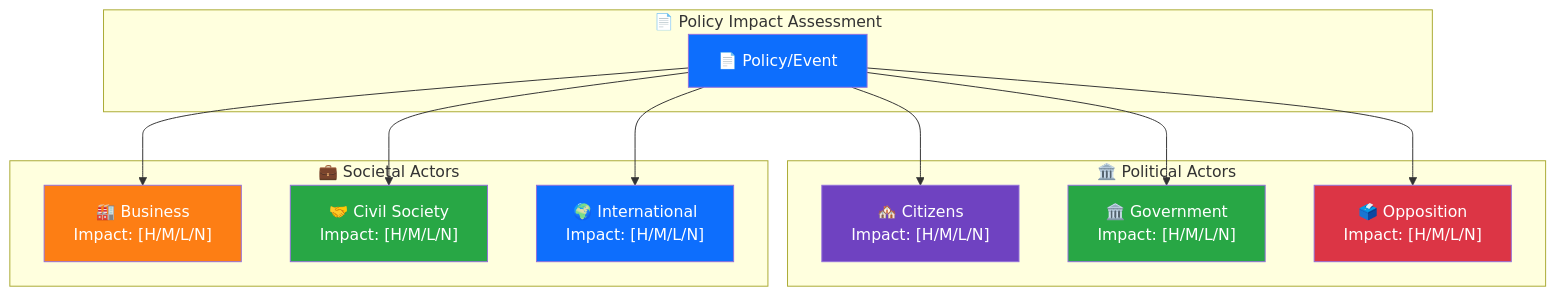
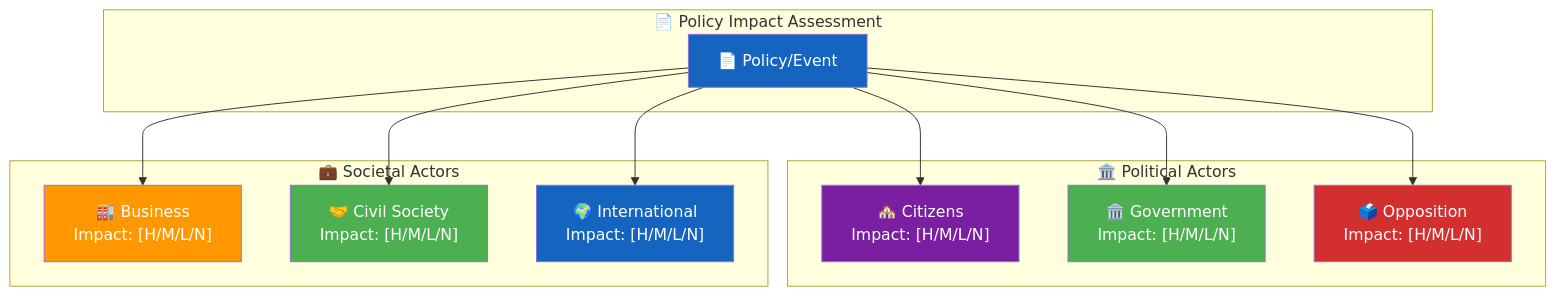
Before and after one commit to Hack23/riksdagsmonitor: the first of 2 diagrams in analysis/templates/stakeholder-impact.md, drawn with Mermaid. The commit also changed other lines of this file and 14 other files, not shown here.

First line of the commit message:
Align analysis/ mermaid diagrams with ISMS Style Guide palette and convert SWOT to quadrantChart

````diff
--- a/analysis/templates/stakeholder-impact.md
+++ b/analysis/templates/stakeholder-impact.md
@@ -49,33 +49,33 @@
 ```mermaid
 graph TD
     subgraph "📄 Policy Impact Assessment"
         DOC["📄 Policy/Event"]
     end
 
     subgraph "🏛️ Political Actors"
         CIT["🏘️ Citizens<br/>Impact: [H/M/L/N]"]
         GOV["🏛️ Government<br/>Impact: [H/M/L/N]"]
         OPP["🗳️ Opposition<br/>Impact: [H/M/L/N]"]
     end
 
     subgraph "💼 Societal Actors"
         BIZ["🏭 Business<br/>Impact: [H/M/L/N]"]
         CIV["🤝 Civil Society<br/>Impact: [H/M/L/N]"]
         INT["🌍 International<br/>Impact: [H/M/L/N]"]
     end
 
     DOC --> CIT
     DOC --> GOV
     DOC --> OPP
     DOC --> BIZ
     DOC --> CIV
     DOC --> INT
 
-    style DOC fill:#0d6efd,color:#fff
-    style CIT fill:#6f42c1,color:#fff
-    style GOV fill:#28a745,color:#fff
-    style OPP fill:#dc3545,color:#fff
-    style BIZ fill:#fd7e14,color:#fff
-    style CIV fill:#28a745,color:#fff
-    style INT fill:#0d6efd,color:#fff
+    style DOC fill:#1565C0,color:#FFFFFF
+    style CIT fill:#7B1FA2,color:#FFFFFF
+    style GOV fill:#4CAF50,color:#FFFFFF
+    style OPP fill:#D32F2F,color:#FFFFFF
+    style BIZ fill:#FF9800,color:#FFFFFF
+    style CIV fill:#4CAF50,color:#FFFFFF
+    style INT fill:#1565C0,color:#FFFFFF
 ```
````
